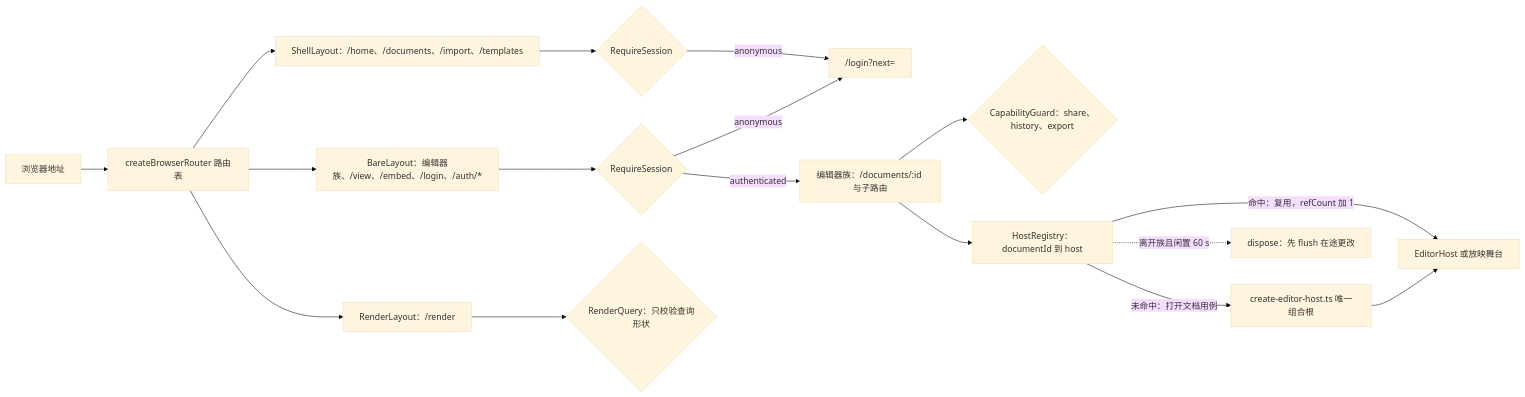
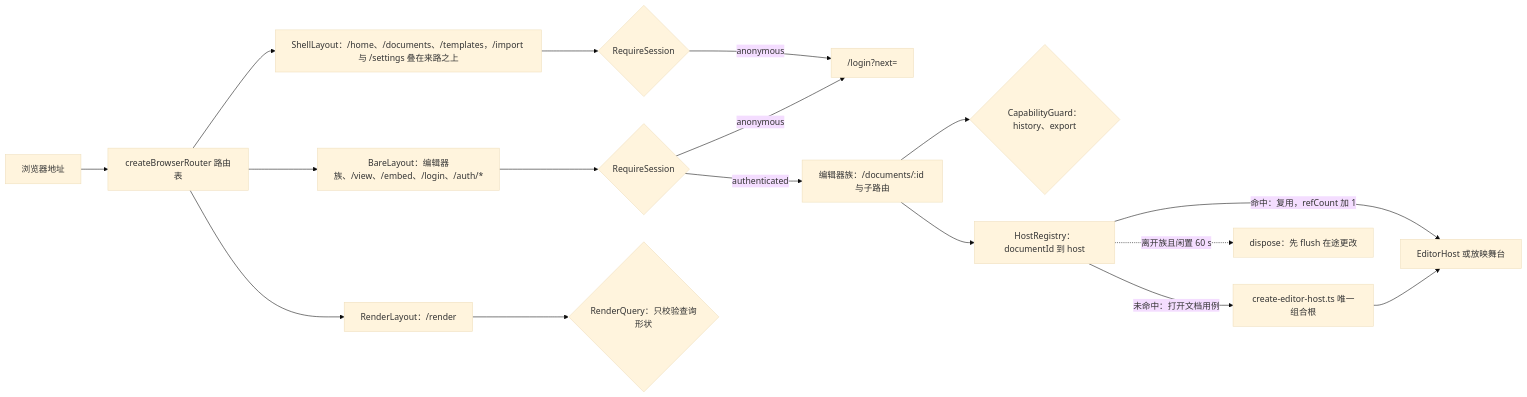
One commit to Xeonice/cordis-ppt-editor changed the first of 9 diagrams in docs/50-frontend/02-app-shell-routing-and-session.md. Above: the diagram before and after it, drawn with Mermaid (base theme). The commit also changed other lines of this file and 25 other files, not shown here.

````diff
--- a/docs/50-frontend/02-app-shell-routing-and-session.md
+++ b/docs/50-frontend/02-app-shell-routing-and-session.md
@@ -80,19 +83,19 @@
 ```mermaid
 flowchart LR
   entry["浏览器地址"] --> router["createBrowserRouter 路由表"]
-  router --> shell["ShellLayout：/home、/documents、/import、/templates"]
+  router --> shell["ShellLayout：/home、/documents、/templates，/import 与 /settings 叠在来路之上"]
   router --> bare["BareLayout：编辑器族、/view、/embed、/login、/auth/*"]
   router --> renderL["RenderLayout：/render"]
   shell --> guardS{"RequireSession"}
   bare --> guardB{"RequireSession"}
   renderL --> guardR{"RenderQuery：只校验查询形状"}
   guardS -- "anonymous" --> login["/login?next="]
   guardB -- "anonymous" --> login
   guardB -- "authenticated" --> family["编辑器族：/documents/:id 与子路由"]
-  family --> capGuard{"CapabilityGuard：share、history、export"}
+  family --> capGuard{"CapabilityGuard：history、export"}
   family --> registry["HostRegistry：documentId 到 host"]
   registry -- "命中：复用，refCount 加 1" --> editorHost["EditorHost 或放映舞台"]
   registry -- "未命中：打开文档用例" --> createHost["create-editor-host.ts 唯一组合根"]
   createHost --> editorHost
   registry -. "离开族且闲置 60 s" .-> disposeN["dispose：先 flush 在途更改"]
 ```
````
